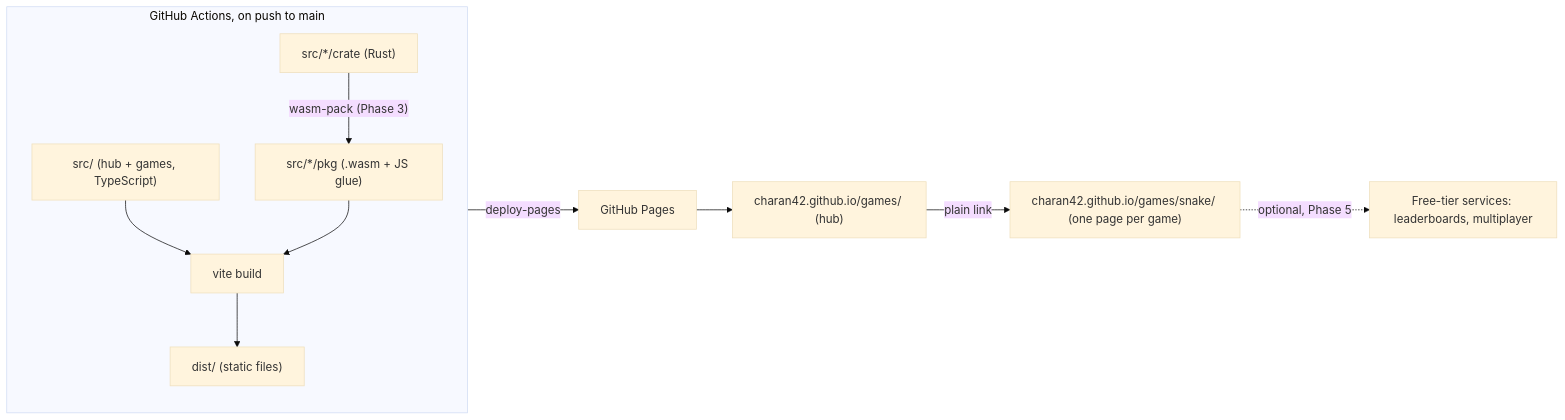
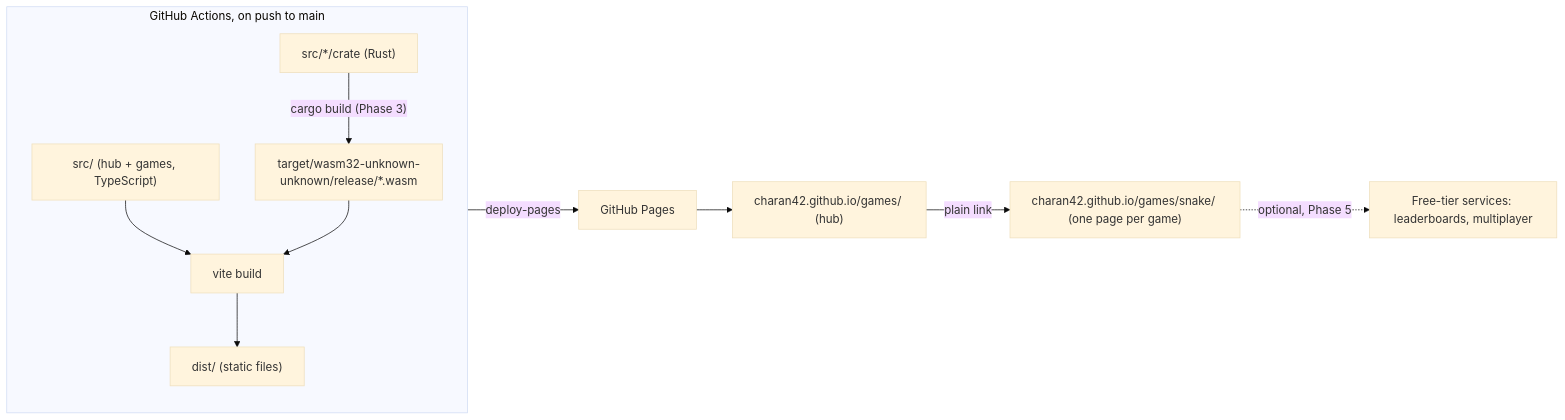
One commit to Charan42/games changed the diagram in PLAN.md. Above: the diagram before and after it, drawn with Mermaid (base theme). The commit also changed other lines of this file, not shown here.

First line of the commit message:
docs: record Sand and the Phase 3 WebAssembly setup in the plan

````diff
--- a/PLAN.md
+++ b/PLAN.md
@@ -64,14 +64,14 @@
 ```mermaid
 flowchart LR
   subgraph CI["GitHub Actions, on push to main"]
     direction TB
-    crate["src/*/crate (Rust)"] -->|"wasm-pack (Phase 3)"| pkg["src/*/pkg (.wasm + JS glue)"]
+    crate["src/*/crate (Rust)"] -->|"cargo build (Phase 3)"| wasm["target/wasm32-unknown-unknown/release/*.wasm"]
     ts["src/ (hub + games, TypeScript)"] --> vite["vite build"]
-    pkg --> vite
+    wasm --> vite
     vite --> dist["dist/ (static files)"]
   end
   dist -->|deploy-pages| pages["GitHub Pages"]
   pages --> hub["charan42.github.io/games/ (hub)"]
   hub -->|plain link| game["charan42.github.io/games/snake/ (one page per game)"]
   game -.->|"optional, Phase 5"| svc["Free-tier services: leaderboards, multiplayer"]
 ```
````
